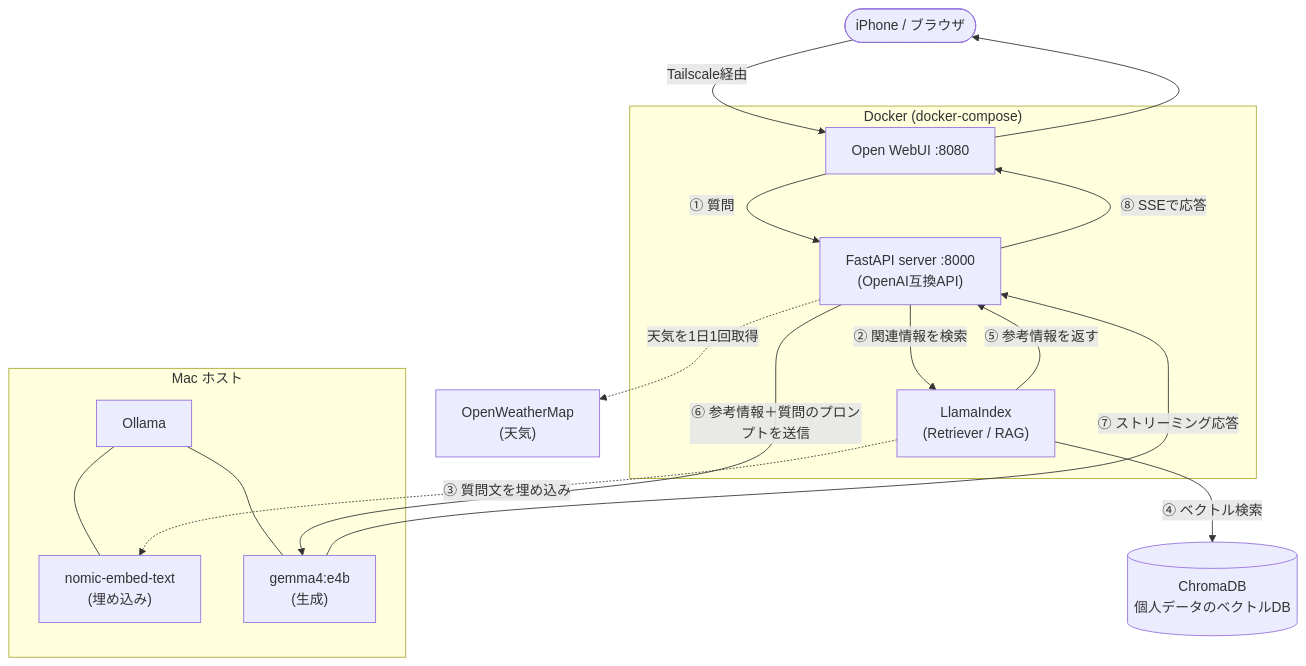
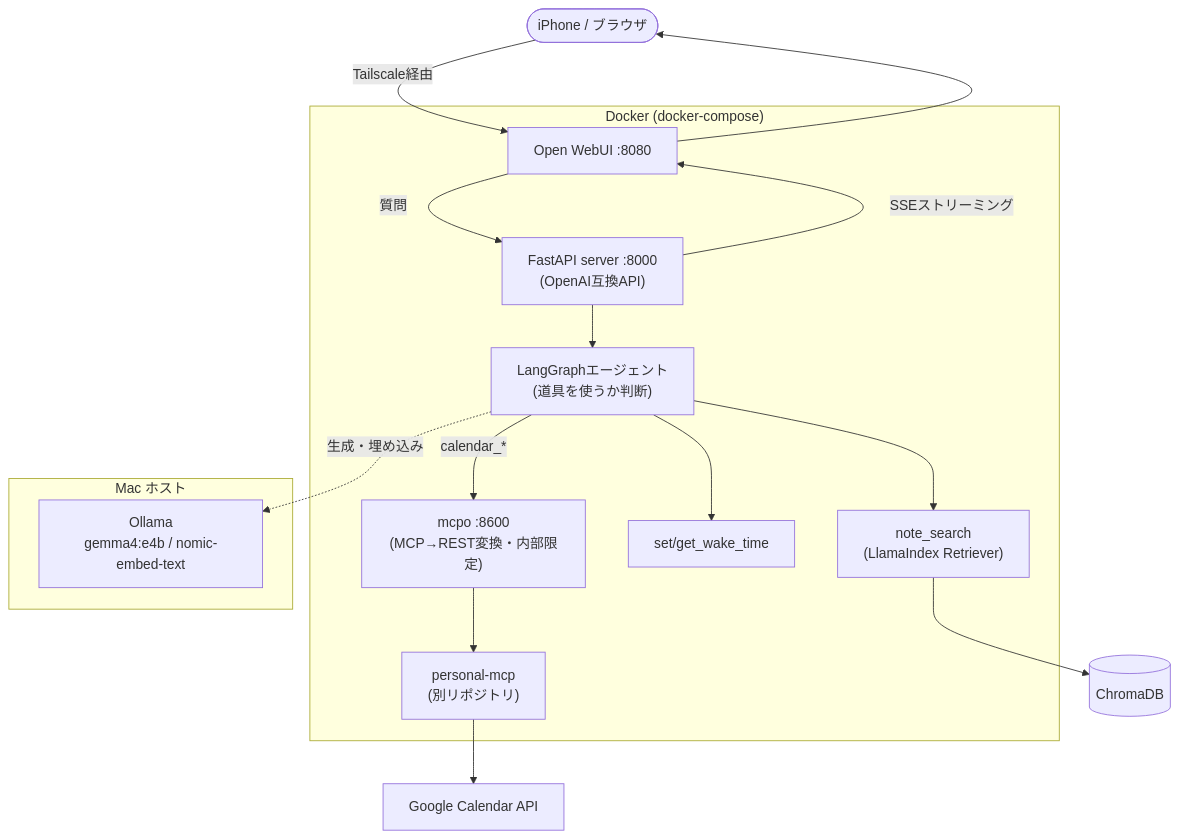
The first of 3 diagrams in README.md (chris9609/personalAI), drawn with Mermaid before and after one commit. The commit also changed other lines of this file, not shown here.

````diff
--- a/README.md
+++ b/README.md
@@ -27,32 +67,31 @@
 ```mermaid
 flowchart TD
     iPhone([iPhone / ブラウザ])
     iPhone -->|Tailscale経由| WebUI
 
     subgraph Docker["Docker (docker-compose)"]
         WebUI["Open WebUI :8080"]
         API["FastAPI server :8000<br/>(OpenAI互換API)"]
-        LI["LlamaIndex<br/>(Retriever / RAG)"]
-        WebUI -->|① 質問| API
-        API -->|② 関連情報を検索| LI
-        LI -->|⑤ 参考情報を返す| API
+        Agent["LangGraphエージェント<br/>(道具を使うか判断)"]
+        RAG["note_search<br/>(LlamaIndex Retriever)"]
+        Wake["set/get_wake_time"]
+        MCPO["mcpo :8600<br/>(MCP→REST変換・内部限定)"]
+        WebUI -->|質問| API --> Agent
+        Agent --> RAG
+        Agent --> Wake
+        Agent -->|calendar_*| MCPO
+        MCPO --> MCP["personal-mcp<br/>(別リポジトリ)"]
     end
 
     subgraph Host["Mac ホスト"]
-        Ollama["Ollama"]
-        Embed["nomic-embed-text<br/>(埋め込み)"]
-        Gen["gemma4:e4b<br/>(生成)"]
-        Ollama --- Embed
-        Ollama --- Gen
+        Ollama["Ollama<br/>gemma4:e4b / nomic-embed-text"]
     end
 
-    Chroma[("ChromaDB<br/>個人データのベクトルDB")]
-    Weather["OpenWeatherMap<br/>(天気)"]
+    Chroma[("ChromaDB")]
+    GCal["Google Calendar API"]
 
-    LI -.->|③ 質問文を埋め込み| Embed
-    LI -->|④ ベクトル検索| Chroma
-    API -.->|天気を1日1回取得| Weather
-    API -->|⑥ 参考情報＋質問のプロンプトを送信| Gen
-    Gen -->|⑦ ストリーミング応答| API
-    API -->|⑧ SSEで応答| WebUI --> iPhone
+    RAG --> Chroma
+    Agent -.->|生成・埋め込み| Ollama
+    MCP --> GCal
+    API -->|SSEストリーミング| WebUI --> iPhone
 ```
````
